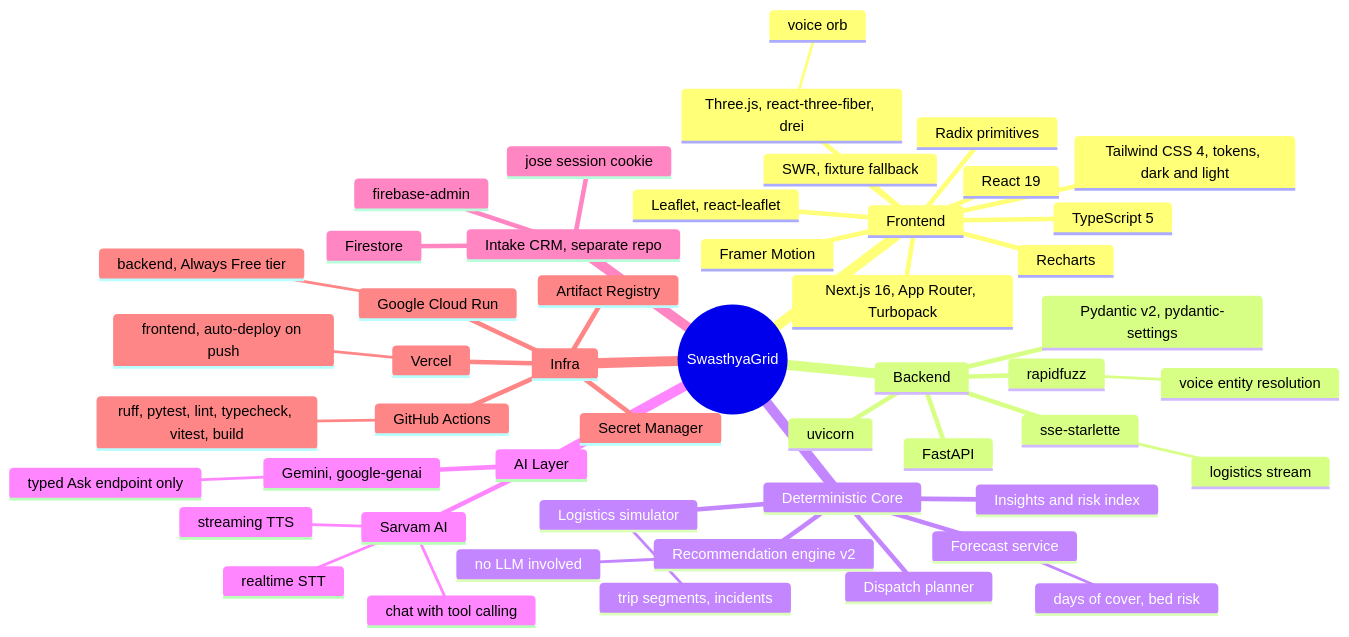
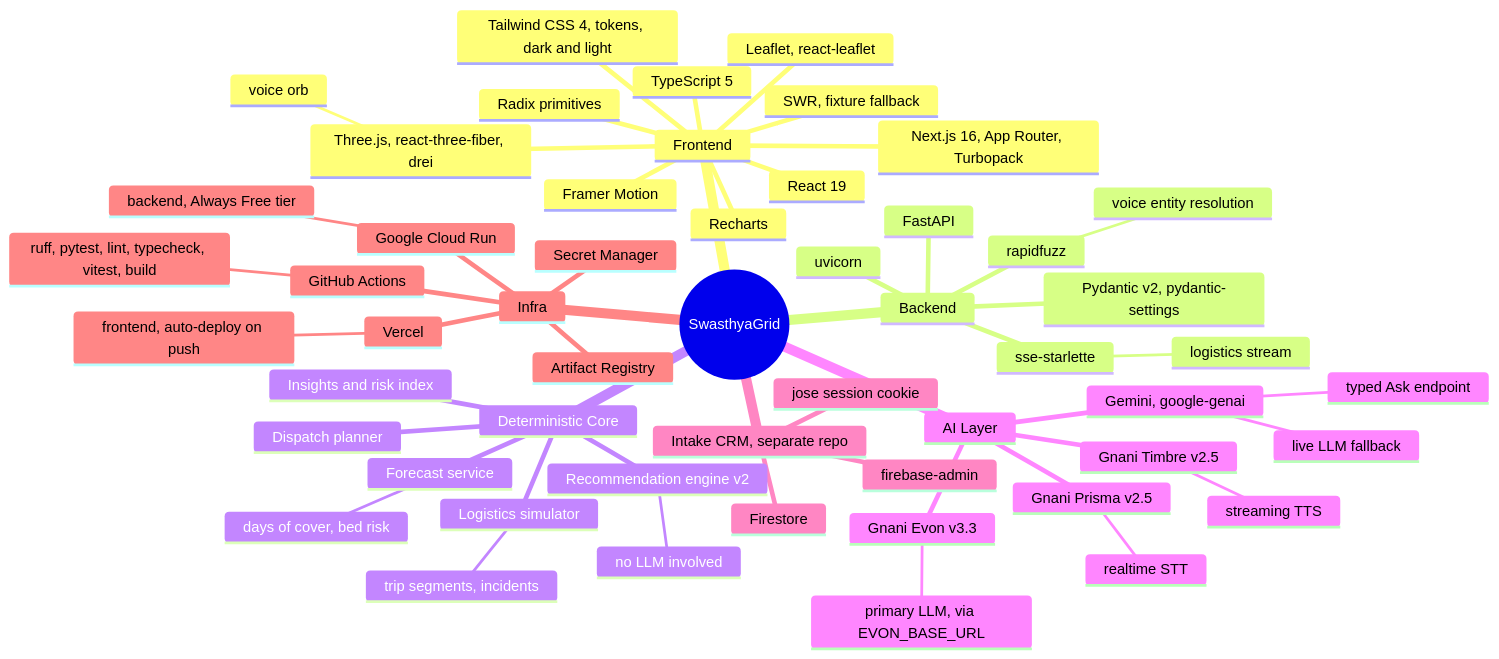
One commit to harshkawatra11/gnani-swasthyagrid changed the second of 6 diagrams in README.md. Above: the diagram before and after it, drawn with Mermaid. The commit also changed other lines of this file and 3 other files, not shown here.

````diff
--- a/README.md
+++ b/README.md
@@ -59,53 +243,56 @@
 ```mermaid
 mindmap
   root((SwasthyaGrid))
     Frontend
       Next.js 16, App Router, Turbopack
       React 19
       TypeScript 5
       Tailwind CSS 4, tokens, dark and light
       SWR, fixture fallback
       Radix primitives
       Framer Motion
       Three.js, react-three-fiber, drei
         voice orb
       Recharts
       Leaflet, react-leaflet
     Backend
       FastAPI
       Pydantic v2, pydantic-settings
       sse-starlette
         logistics stream
       rapidfuzz
         voice entity resolution
       uvicorn
     Deterministic Core
       Forecast service
         days of cover, bed risk
       Recommendation engine v2
         no LLM involved
       Logistics simulator
         trip segments, incidents
       Dispatch planner
       Insights and risk index
     AI Layer
-      Sarvam AI
+      Gnani Prisma v2.5
         realtime STT
-        chat with tool calling
+      Gnani Timbre v2.5
         streaming TTS
+      Gnani Evon v3.3
+        primary LLM, via EVON_BASE_URL
       Gemini, google-genai
-        typed Ask endpoint only
+        live LLM fallback
+        typed Ask endpoint
     Intake CRM, separate repo
       Firestore
       firebase-admin
       jose session cookie
     Infra
       Vercel
         frontend, auto-deploy on push
       Google Cloud Run
         backend, Always Free tier
       Artifact Registry
       Secret Manager
       GitHub Actions
         ruff, pytest, lint, typecheck, vitest, build
 ```
````
